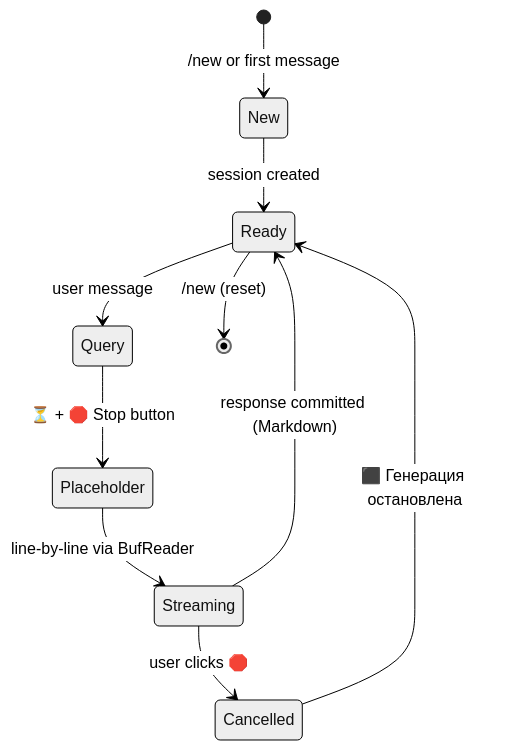
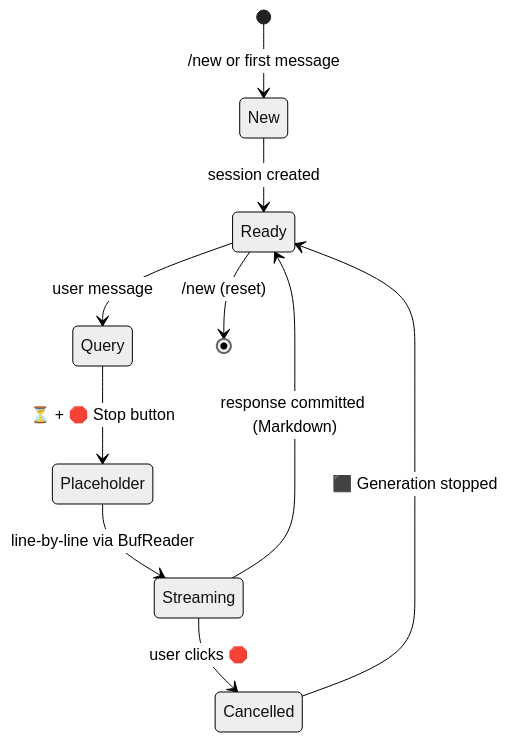
The diagram in README.md (sleep3r/toodles), drawn with Mermaid (neutral theme) before and after one commit. The commit also changed other lines of this file, not shown here.

Commit message:
docs: translate remaining Russian strings in README to English

````diff
--- a/README.md
+++ b/README.md
@@ -181,12 +181,12 @@
 ```mermaid
 stateDiagram-v2
     [*] --> New: /new or first message
     New --> Ready: session created
     Ready --> Query: user message
     Query --> Placeholder: ⏳ + 🛑 Stop button
     Placeholder --> Streaming: line-by-line via BufReader
     Streaming --> Cancelled: user clicks 🛑
-    Cancelled --> Ready: ⬛ Генерация остановлена
+    Cancelled --> Ready: ⬛ Generation stopped
     Streaming --> Ready: response committed (Markdown)
     Ready --> [*]: /new (reset)
 ```
````
